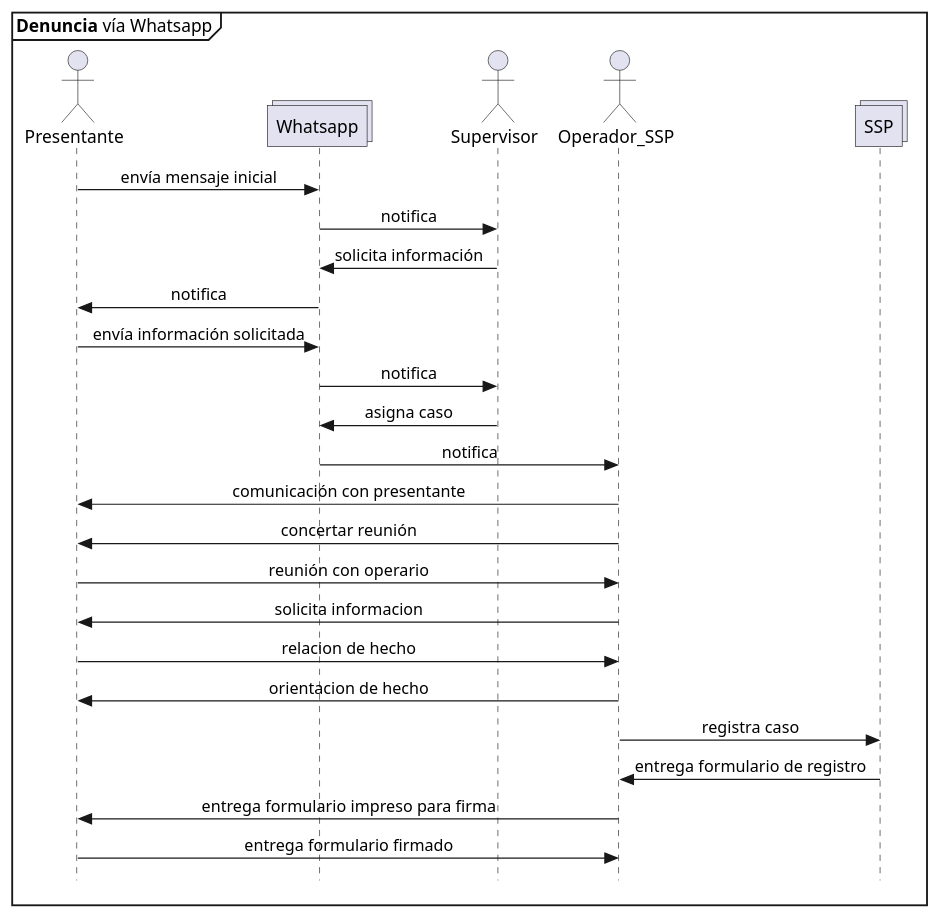
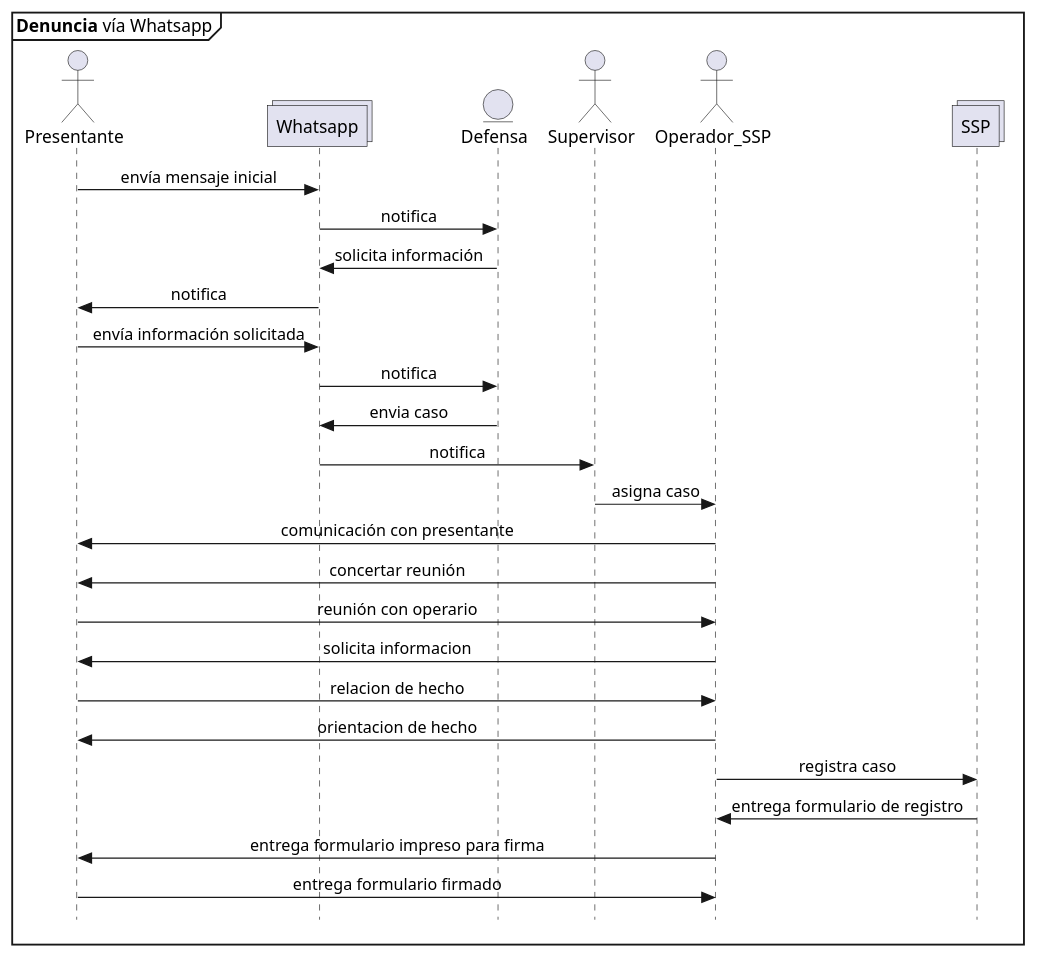
The diagram in 02 denuncia via whatsapp.plantuml (n1m0d0/defdiag), drawn with PlantUML before and after one commit. The commit also changed 8 other files, not shown here.

Commit message:
ajustes a los diagramas y creacion de la propuesta en diagramas

```diff
--- a/02 denuncia via whatsapp.plantuml
+++ b/02 denuncia via whatsapp.plantuml
@@ -1,35 +1,37 @@
 @startuml Denuncia_Whatsapp
 skinparam Style strictuml
 skinparam SequenceMessageAlignment center
 
 mainframe **Denuncia** vía Whatsapp
 
 actor Presentante as pre
 collections Whatsapp
+entity Defensa as def
 actor Supervisor as sup
 actor Operador_SSP as opssp
 collections SSP 
 
 
 pre -> Whatsapp : envía mensaje inicial
-Whatsapp -> sup : notifica
-sup -> Whatsapp : solicita información
+Whatsapp -> def : notifica
+def -> Whatsapp : solicita información
 Whatsapp->pre: notifica
 pre -> Whatsapp : envía información solicitada
+Whatsapp->def: notifica
+def-> Whatsapp: envia caso
 Whatsapp->sup: notifica
-sup->Whatsapp:asigna caso
-Whatsapp->opssp: notifica
+sup->opssp:asigna caso
 opssp->pre:comunicación con presentante
 opssp->pre:concertar reunión
 pre->opssp:reunión con operario
 opssp -> pre : solicita informacion
 pre->opssp:relacion de hecho
 opssp->pre:orientacion de hecho
 opssp->SSP:registra caso
 SSP->opssp: entrega formulario de registro
 opssp->pre:entrega formulario impreso para firma
 pre->opssp:entrega formulario firmado
 
 
 
 @enduml
```
